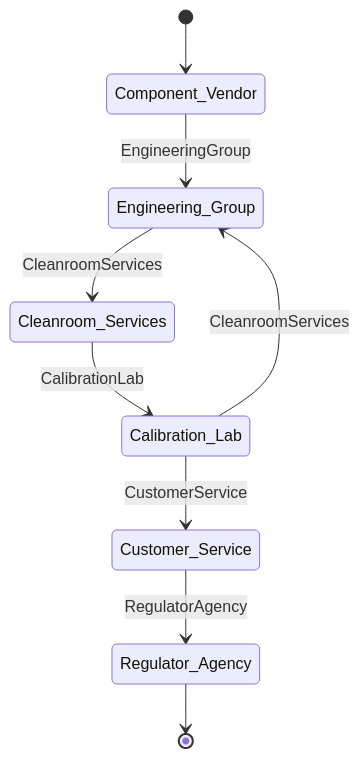
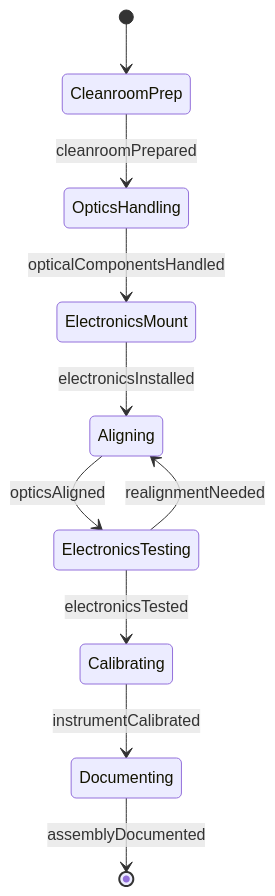
Before and after one commit to dot-org-ai/tasks.org.ai: the second of 4 diagrams in HandlingAndMovingObjects/AssembleEquipmentOrComponents/AssemblePrecisionElectronicsOpticalEquipment.mdx, drawn with Mermaid. The commit also changed other lines of this file and 515 other files, not shown here.

````diff
--- a/HandlingAndMovingObjects/AssembleEquipmentOrComponents/AssemblePrecisionElectronicsOpticalEquipment.mdx
+++ b/HandlingAndMovingObjects/AssembleEquipmentOrComponents/AssemblePrecisionElectronicsOpticalEquipment.mdx
@@ -101,11 +99,12 @@
 ```mermaid
 stateDiagram-v2
-    [*] --> Component_Vendor
-    Component_Vendor --> Engineering_Group: EngineeringGroup
-    Engineering_Group --> Cleanroom_Services: CleanroomServices
-    Cleanroom_Services --> Calibration_Lab: CalibrationLab
-    Calibration_Lab --> Customer_Service: CustomerService
-    Customer_Service --> Regulator_Agency: RegulatorAgency
-    Calibration_Lab --> Engineering_Group: CleanroomServices
-    Regulator_Agency --> [*]
+    [*] --> CleanroomPrep
+    CleanroomPrep --> OpticsHandling : cleanroomPrepared
+    OpticsHandling --> ElectronicsMount : opticalComponentsHandled
+    ElectronicsMount --> Aligning : electronicsInstalled
+    Aligning --> ElectronicsTesting : opticsAligned
+    ElectronicsTesting --> Calibrating : electronicsTested
+    Calibrating --> Documenting : instrumentCalibrated
+    ElectronicsTesting --> Aligning : realignmentNeeded
+    Documenting --> [*] : assemblyDocumented
 ```
````
